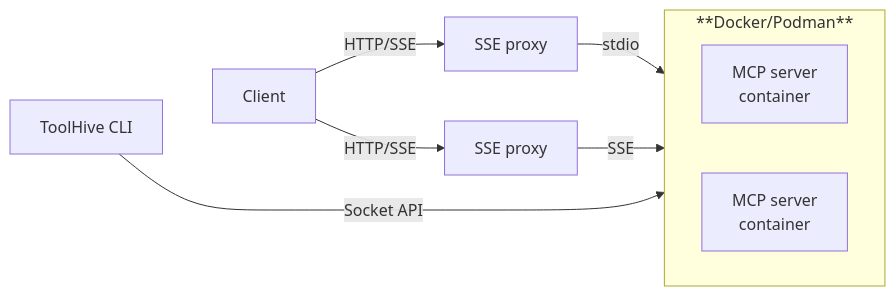
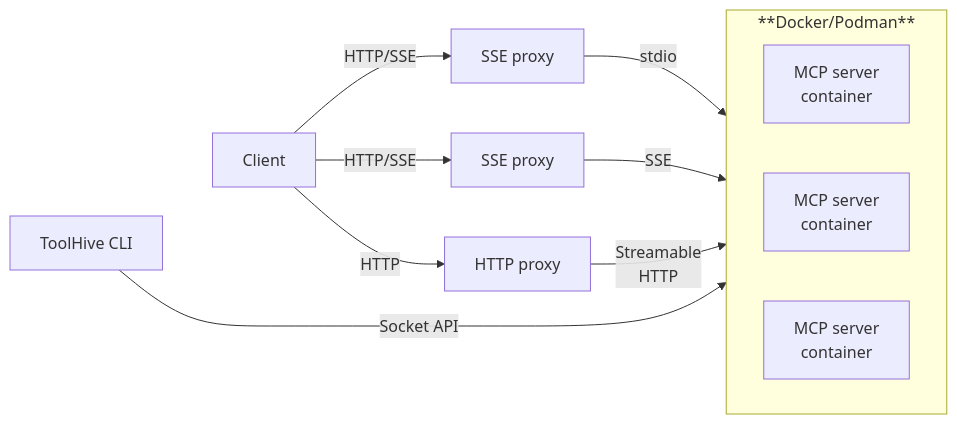
The diagram in docs/toolhive/index.mdx (stacklok/docs-website), drawn with Mermaid before and after one commit. The commit also changed other lines of this file and 4 other files, not shown here.

First line of the commit message:
Add Streamable HTTP and update clients table (#22)

````diff
--- a/docs/toolhive/index.mdx
+++ b/docs/toolhive/index.mdx
@@ -66,13 +66,16 @@
 ```mermaid
 flowchart LR
   subgraph container["**Docker/Podman**"]
     direction LR
       mcp1["MCP server<br>container"]
       mcp2["MCP server<br>container"]
+      mcp3["MCP server<br>container"]
   end
     proxy1["SSE proxy"] -- stdio --> mcp1
     proxy2["SSE proxy"] -- SSE --> mcp2
+    proxy3["HTTP proxy"] -- Streamable<br>HTTP --> mcp3
     T["ToolHive CLI"] -- Socket API --> container
     C["Client"] -- HTTP/SSE --> proxy1 & proxy2
+    C -- HTTP --> proxy3
     T ~~~ C
 ```
````
